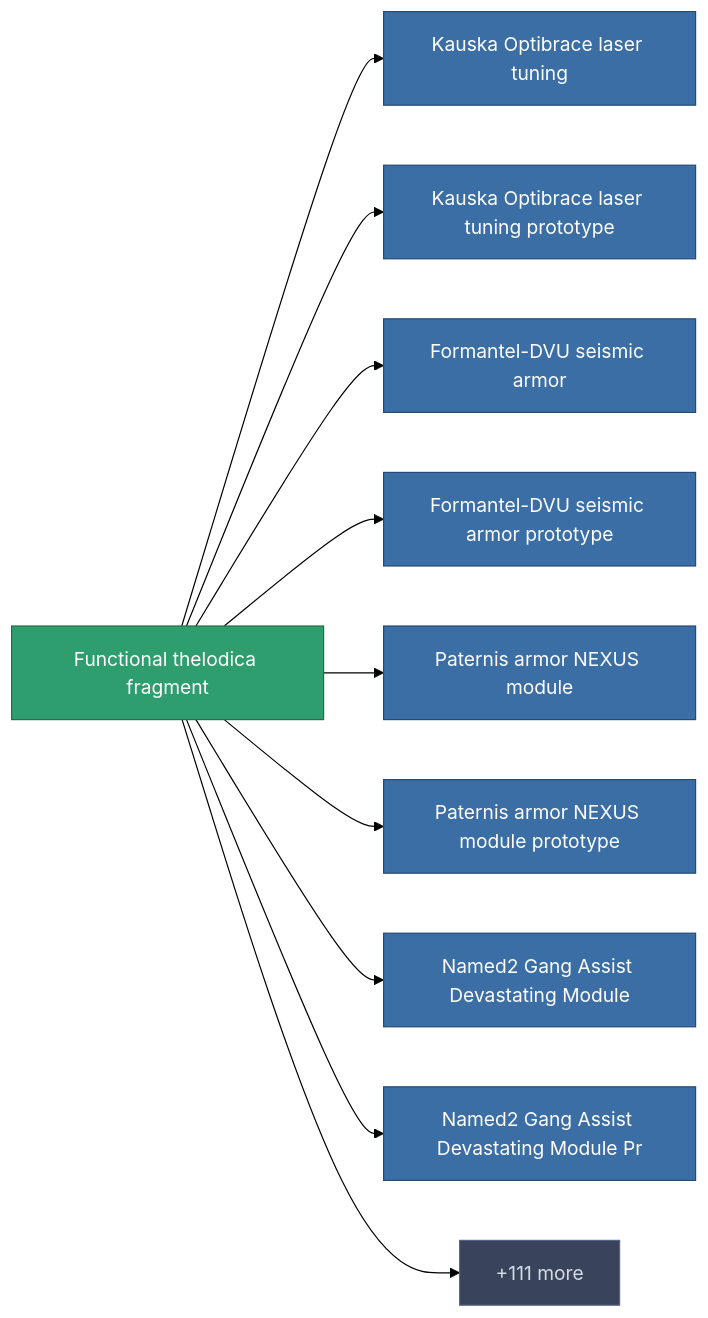
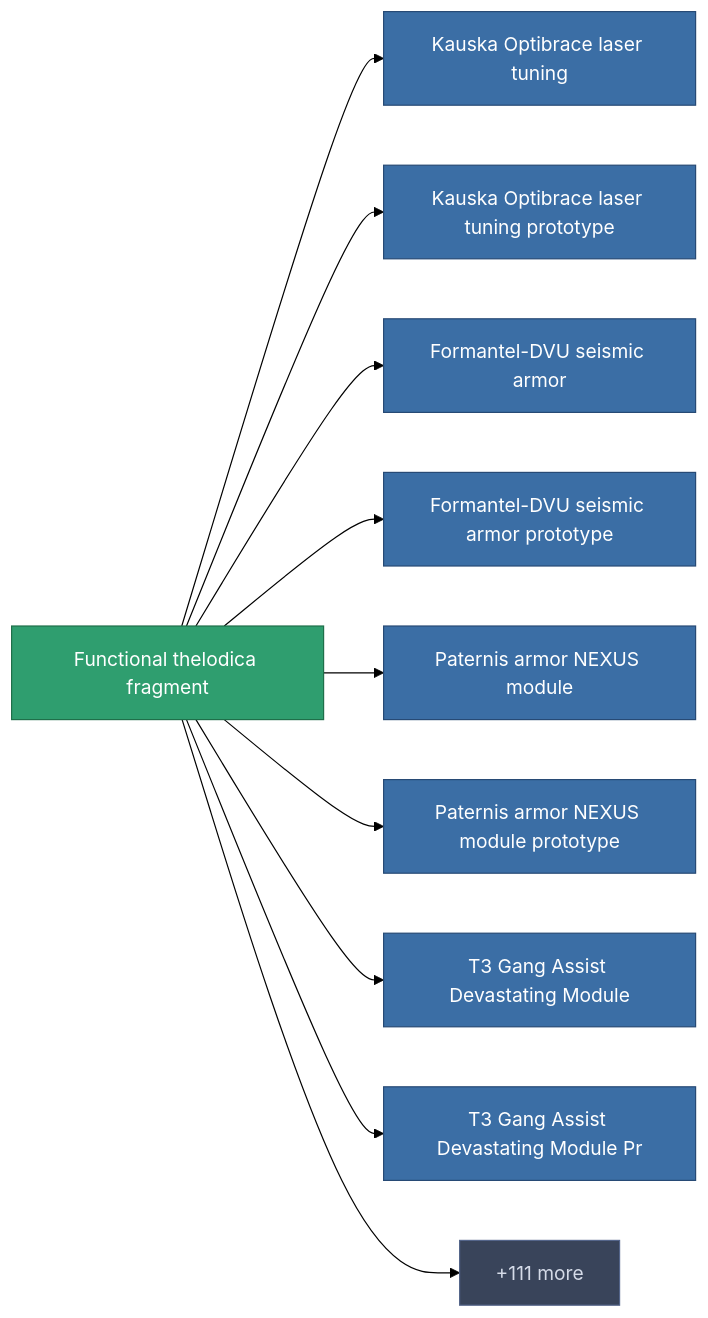
The diagram in content/content/items/robotshard_thelodica_advanced.md (OpenPerpetuum/Wiki), drawn with Mermaid (forest theme) before and after one commit. The commit also changed other lines of this file and 4904 other files, not shown here.

````diff
--- a/content/content/items/robotshard_thelodica_advanced.md
+++ b/content/content/items/robotshard_thelodica_advanced.md
@@ -46,34 +36,34 @@
 ```mermaid
 graph LR
     a["Functional thelodica fragment"]:::current
     b["Kauska Optibrace laser tuning"]:::prod
     a --> b
     click b "/content/items/named2-damage-mod-laser/" "Kauska Optibrace laser tuning"
     c["Kauska Optibrace laser tuning prototype"]:::prod
     a --> c
     click c "/content/items/named2-damage-mod-laser-pr/" "Kauska Optibrace laser tuning prototype"
     d["Formantel-DVU seismic armor"]:::prod
     a --> d
     click d "/content/items/named2-exp-armor-hardener/" "Formantel-DVU seismic armor"
     e["Formantel-DVU seismic armor prototype"]:::prod
     a --> e
     click e "/content/items/named2-exp-armor-hardener-pr/" "Formantel-DVU seismic armor prototype"
     f["Paternis armor NEXUS module"]:::prod
     a --> f
     click f "/content/items/named2-gang-assist-defense-module/" "Paternis armor NEXUS module"
     g["Paternis armor NEXUS module prototype"]:::prod
     a --> g
     click g "/content/items/named2-gang-assist-defense-module-pr/" "Paternis armor NEXUS module prototype"
-    h["Named2 Gang Assist Devastating Module"]:::prod
+    h["T3 Gang Assist Devastating Module"]:::prod
     a --> h
-    click h "/content/items/named2-gang-assist-devastating-module/" "Named2 Gang Assist Devastating Module"
-    i["Named2 Gang Assist Devastating Module Pr"]:::prod
+    click h "/content/items/named2-gang-assist-devastating-module/" "T3 Gang Assist Devastating Module"
+    i["T3 Gang Assist Devastating Module Pr"]:::prod
     a --> i
-    click i "/content/items/named2-gang-assist-devastating-module-pr/" "Named2 Gang Assist Devastating Module Pr"
+    click i "/content/items/named2-gang-assist-devastating-module-pr/" "T3 Gang Assist Devastating Module Pr"
     j["+111 more"]:::more
     a --> j
     click j "/content/recipes/" "All recipes"
     classDef current fill:#2f9e6f,stroke:#1f6f4a,color:#ffffff
     classDef prod fill:#3b6ea5,stroke:#274a75,color:#ffffff
     classDef more fill:#39445a,stroke:#54658a,color:#d5dbe8
 ```
````
